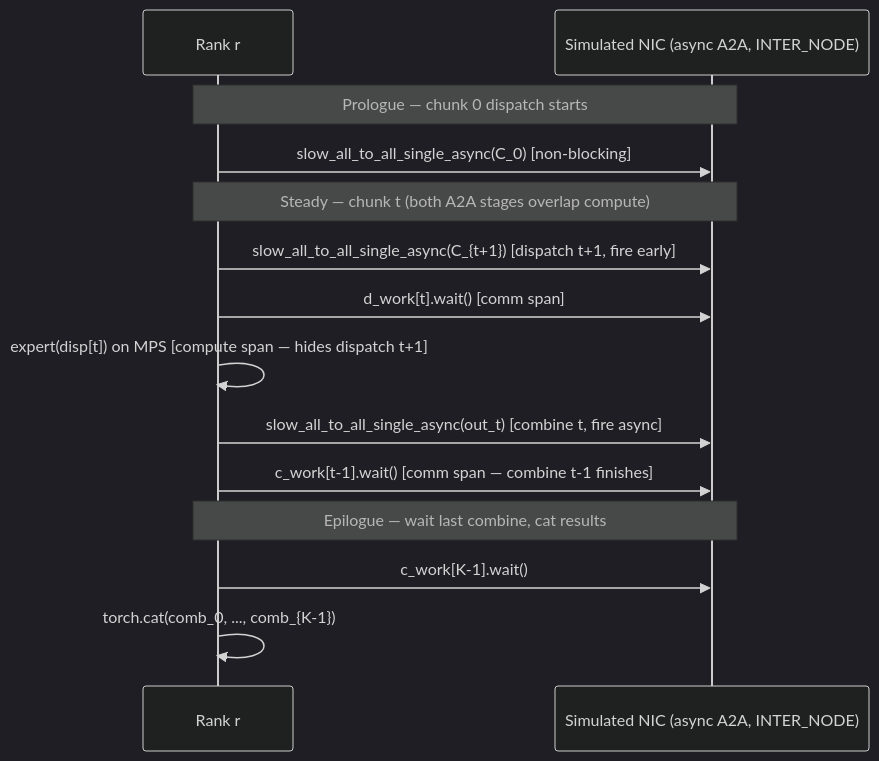
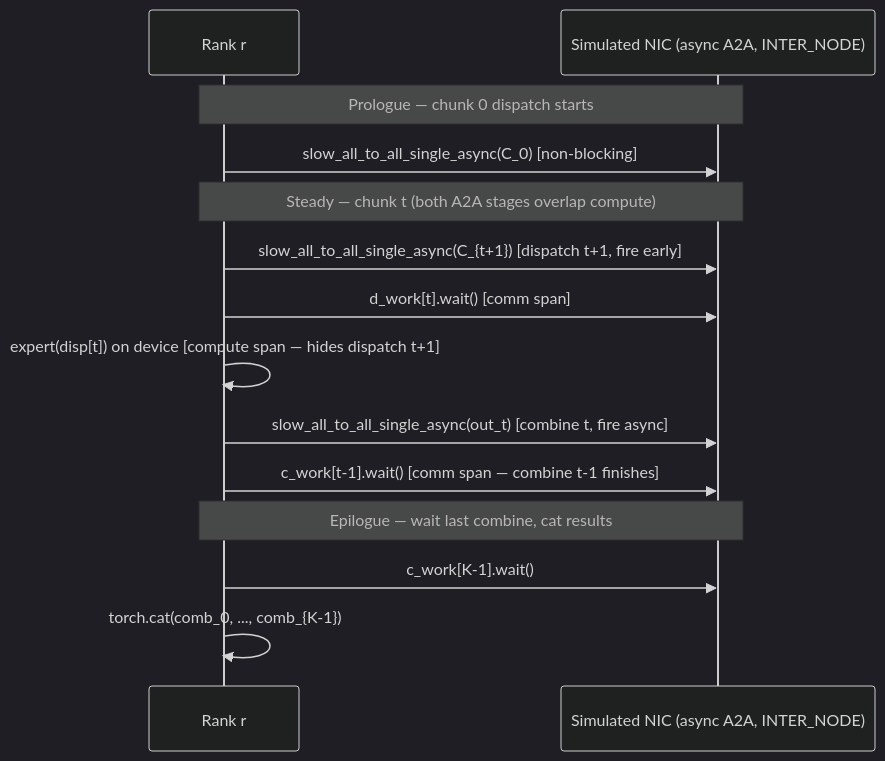
One commit to duoan/micro-trainer changed the diagram in 4_expert_parallel/4_deepseek_deepep.md. Above: the diagram before and after it, drawn with Mermaid (dark theme). The commit also changed other lines of this file and 17 other files, not shown here.

Commit message:
Refactor README and demo documentation to clarify device usage and communication patterns. Update references from MPS to device for consistency across modules, ensuring clear guidelines for tensor operations and backend configurations.

````diff
--- a/4_expert_parallel/4_deepseek_deepep.md
+++ b/4_expert_parallel/4_deepseek_deepep.md
@@ -43,19 +43,19 @@
 ```mermaid
 sequenceDiagram
     participant Rank as Rank r
     participant NIC as Simulated NIC (async A2A, INTER_NODE)
 
     Note over Rank,NIC: Prologue — chunk 0 dispatch starts
     Rank->>NIC: slow_all_to_all_single_async(C_0) [non-blocking]
 
     Note over Rank,NIC: Steady — chunk t (both A2A stages overlap compute)
     Rank->>NIC: slow_all_to_all_single_async(C_{t+1}) [dispatch t+1, fire early]
     Rank->>NIC: d_work[t].wait() [comm span]
-    Rank->>Rank: expert(disp[t]) on MPS [compute span — hides dispatch t+1]
+    Rank->>Rank: expert(disp[t]) on device [compute span — hides dispatch t+1]
     Rank->>NIC: slow_all_to_all_single_async(out_t) [combine t, fire async]
     Rank->>NIC: c_work[t-1].wait() [comm span — combine t-1 finishes]
 
     Note over Rank,NIC: Epilogue — wait last combine, cat results
     Rank->>NIC: c_work[K-1].wait()
     Rank->>Rank: torch.cat(comb_0, ..., comb_{K-1})
 ```
````
